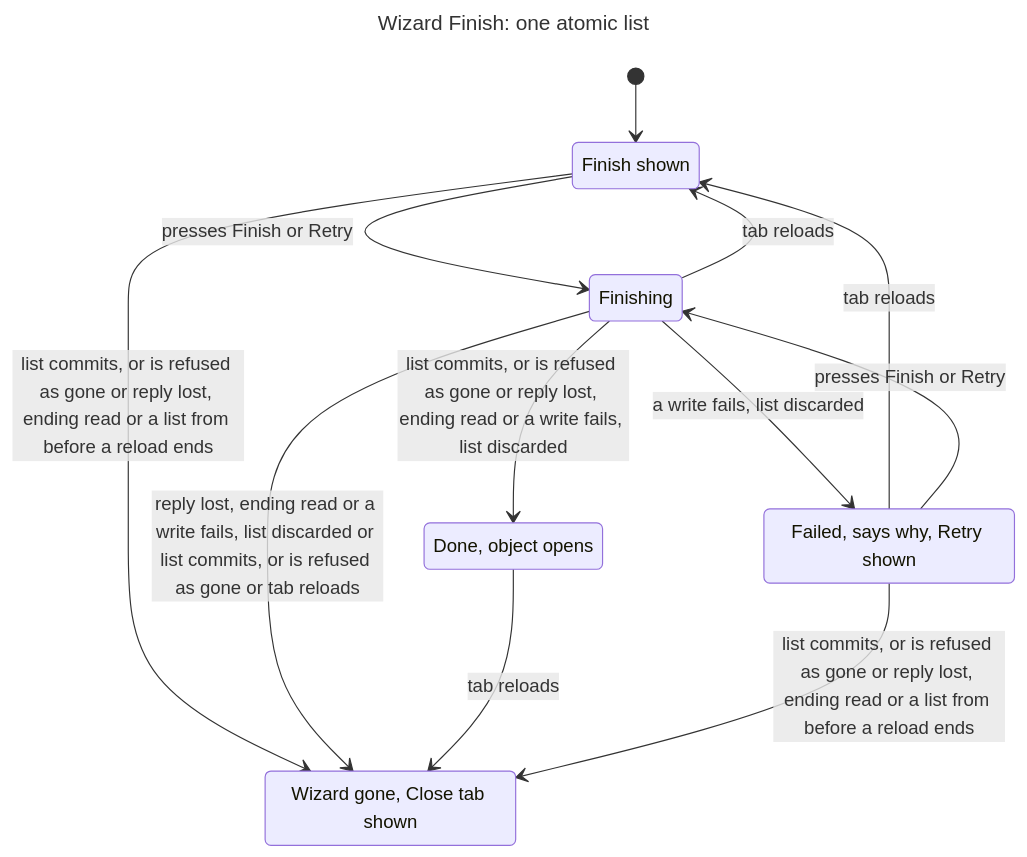
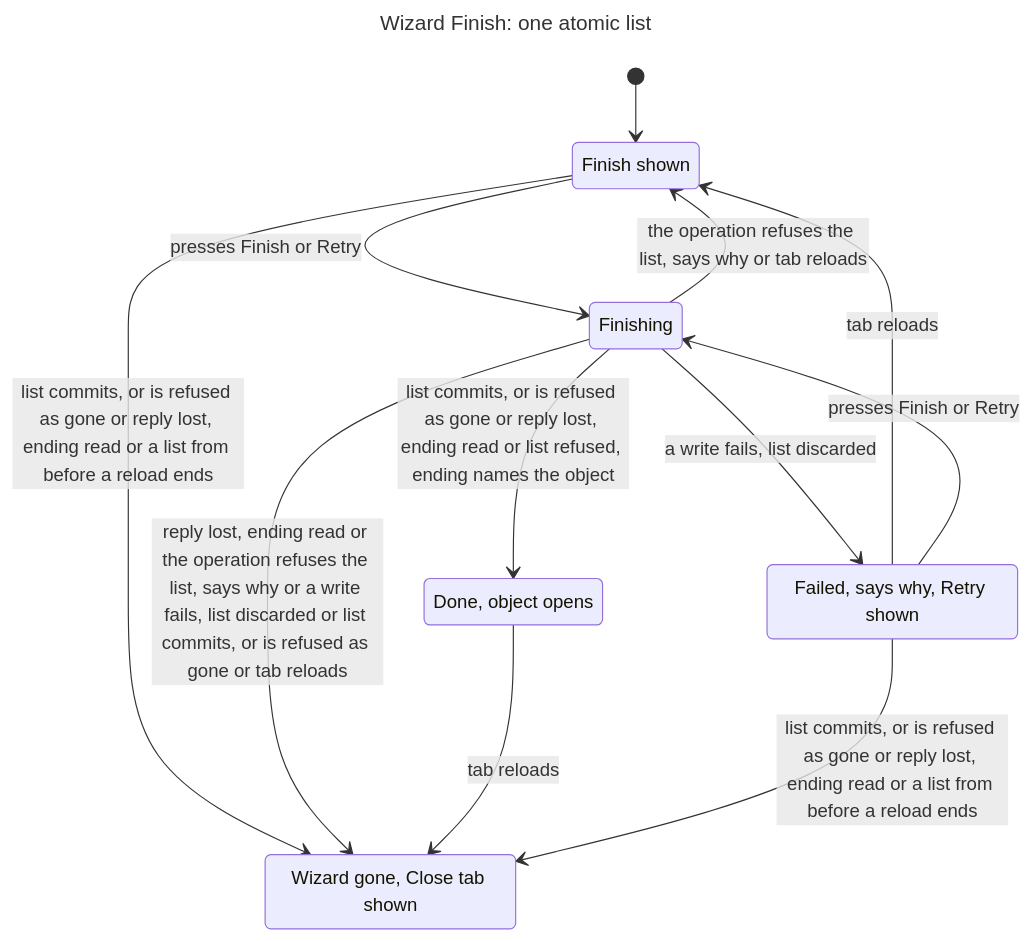
Before and after one commit to s4wave/spacewave: the diagram in app/wizard/WizardFinish.chart.mmd, drawn with Mermaid. The commit also changed 45 other files, not shown here.

```diff
--- a/app/wizard/WizardFinish.chart.mmd
+++ b/app/wizard/WizardFinish.chart.mmd
@@ -1,20 +1,20 @@
 ---
 title: "Wizard Finish: one atomic list"
 ---
 stateDiagram-v2
   s0: Finish shown
   s1: Finishing
   s2: Wizard gone, Close tab shown
   s3: Done, object opens
   s4: Failed, says why, Retry shown
   [*] --> s0
   s0 --> s1: presses Finish or Retry
   s0 --> s2: list commits, or is refused as gone or reply lost, ending read or a list from before a reload ends
-  s1 --> s3: list commits, or is refused as gone or reply lost, ending read or a write fails, list discarded
-  s1 --> s2: reply lost, ending read or a write fails, list discarded or list commits, or is refused as gone or tab reloads
+  s1 --> s0: the operation refuses the list, says why or tab reloads
+  s1 --> s3: list commits, or is refused as gone or reply lost, ending read or list refused, ending names the object
+  s1 --> s2: reply lost, ending read or the operation refuses the list, says why or a write fails, list discarded or list commits, or is refused as gone or tab reloads
   s1 --> s4: a write fails, list discarded
-  s1 --> s0: tab reloads
   s3 --> s2: tab reloads
   s4 --> s0: tab reloads
   s4 --> s1: presses Finish or Retry
   s4 --> s2: list commits, or is refused as gone or reply lost, ending read or a list from before a reload ends
```
